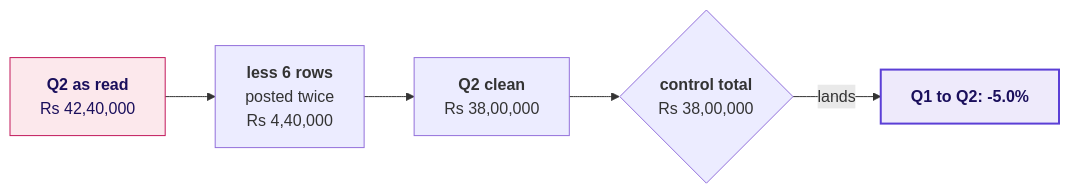
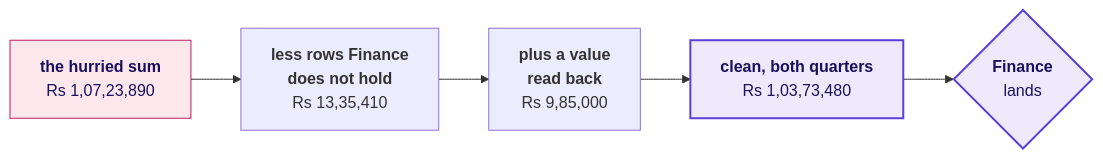
The first of 9 diagrams in content/W01/D5/slides/C2_W01_D05_debrief_STUDENT.md (fde-academy-lab/c2-content-factory), drawn with Mermaid before and after one commit. The commit also changed other lines of this file and 4 other files, not shown here.

````diff
--- a/content/W01/D5/slides/C2_W01_D05_debrief_STUDENT.md
+++ b/content/W01/D5/slides/C2_W01_D05_debrief_STUDENT.md
@@ -64,11 +136,11 @@
 ```mermaid
 flowchart LR
-    A["<b>Q2 as read</b><br/>Rs 42,40,000"] --> B["<b>less 6 rows</b><br/>posted twice<br/>Rs 4,40,000"]
-    B --> C["<b>Q2 clean</b><br/>Rs 38,00,000"]
-    C --> D{"<b>control total</b><br/>Rs 38,00,000"}
-    D -->|"lands"| E["<b>Q1 to Q2: -5.0%</b>"]
+    A["<b>the hurried sum</b><br/>Rs 1,07,23,890"] --> B["<b>less rows Finance<br/>does not hold</b><br/>Rs 13,35,410"]
+    B --> C["<b>plus a value<br/>read back</b><br/>Rs 9,85,000"]
+    C --> D["<b>clean, both quarters</b><br/>Rs 1,03,73,480"]
+    D --> E{"<b>Finance</b><br/>lands"}
     classDef bad fill:#FCE8EC,stroke:#C2185B,color:#1A0F5C
     classDef known fill:#EEEAFB,stroke:#5B3FD6,color:#1A0F5C,stroke-width:2px
     class A bad
-    class E known
+    class D,E known
 ```
````
